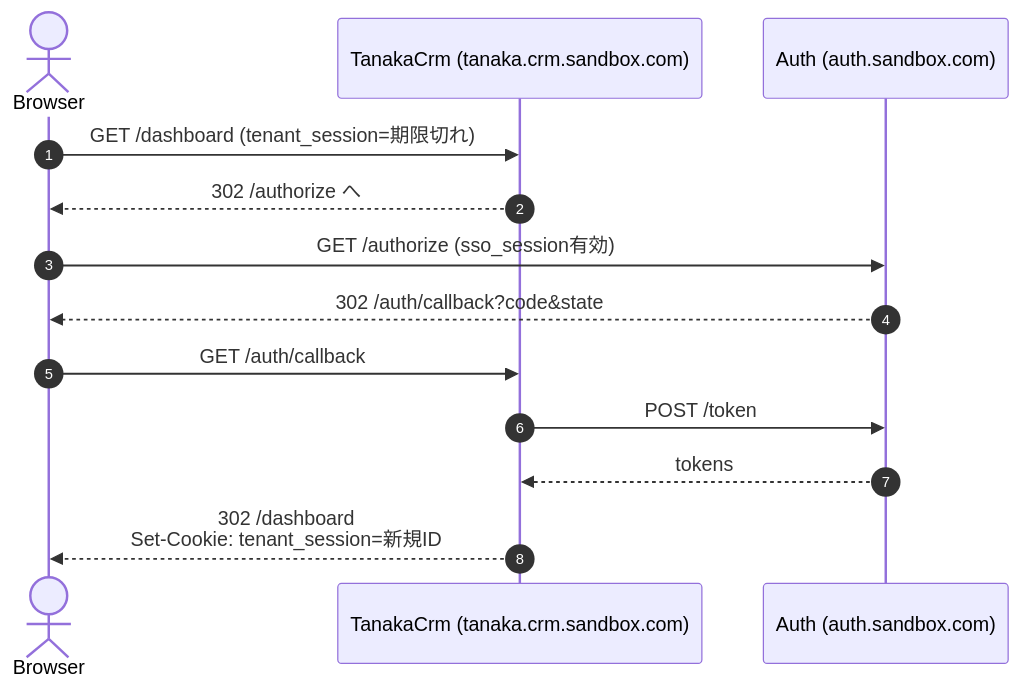
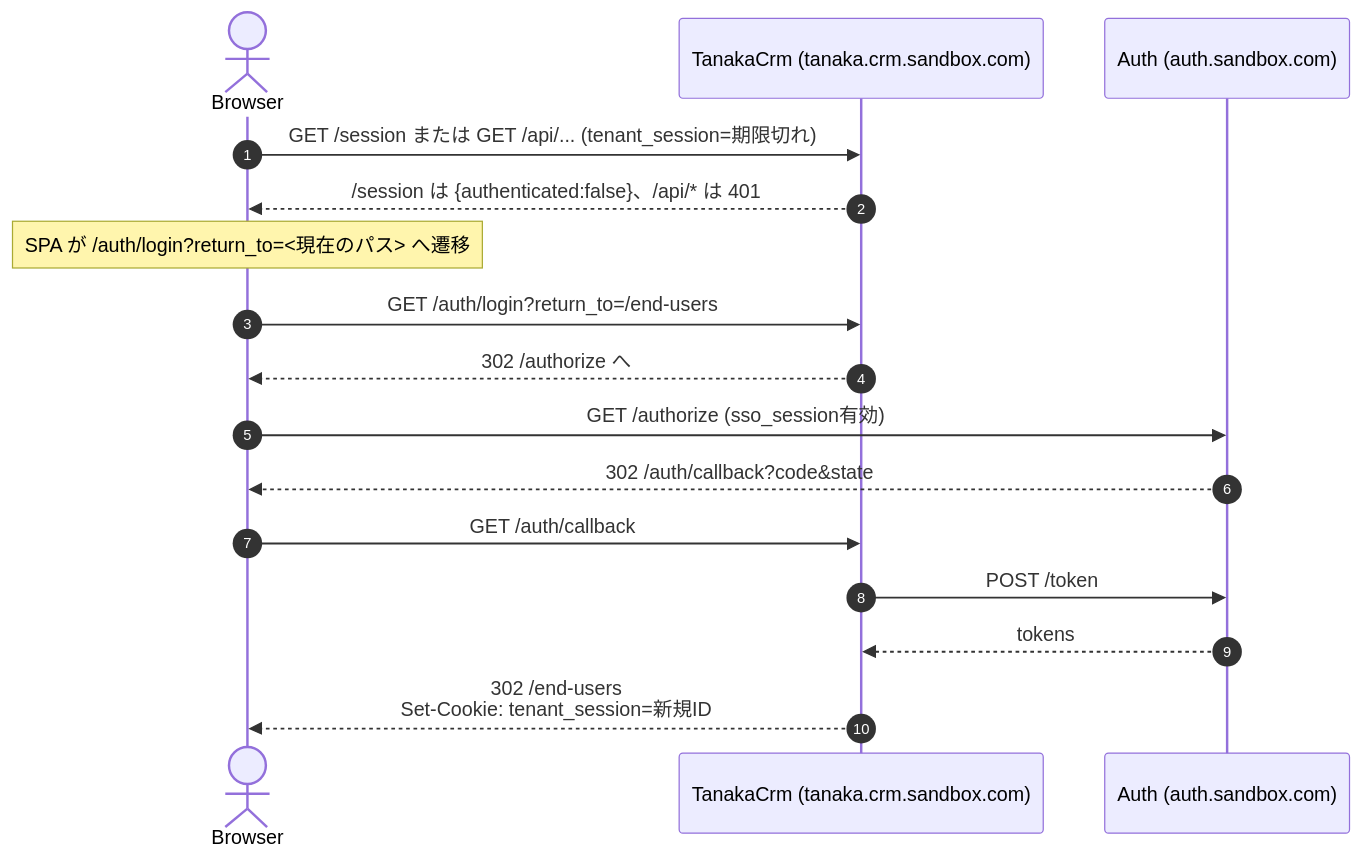
Before and after one commit to daisuke-tanabe/multi-domain-sandbox: diagram 11 of 16 in docs/design/02-auth-sequences.md, drawn with Mermaid. The commit also changed other lines of this file and 82 other files, not shown here.

First line of the commit message:
feat: crm-web と cms-web を React Router v8 の SPA と薄い BFF にする

````diff
--- a/docs/design/02-auth-sequences.md
+++ b/docs/design/02-auth-sequences.md
@@ -431,16 +443,19 @@
 ```mermaid
 sequenceDiagram
     autonumber
     actor Browser
     participant TanakaCrm as TanakaCrm (tanaka.crm.sandbox.com)
     participant Auth as Auth (auth.sandbox.com)
 
-    Browser->>TanakaCrm: GET /dashboard (tenant_session=期限切れ)
+    Browser->>TanakaCrm: GET /session または GET /api/... (tenant_session=期限切れ)
+    TanakaCrm-->>Browser: /session は {authenticated:false}、/api/* は 401
+    Note over Browser: SPA が /auth/login?return_to=<現在のパス> へ遷移
+    Browser->>TanakaCrm: GET /auth/login?return_to=/end-users
     TanakaCrm-->>Browser: 302 /authorize へ
     Browser->>Auth: GET /authorize (sso_session有効)
     Auth-->>Browser: 302 /auth/callback?code&state
     Browser->>TanakaCrm: GET /auth/callback
     TanakaCrm->>Auth: POST /token
     Auth-->>TanakaCrm: tokens
-    TanakaCrm-->>Browser: 302 /dashboard<br/>Set-Cookie: tenant_session=新規ID
+    TanakaCrm-->>Browser: 302 /end-users<br/>Set-Cookie: tenant_session=新規ID
 ```
````
